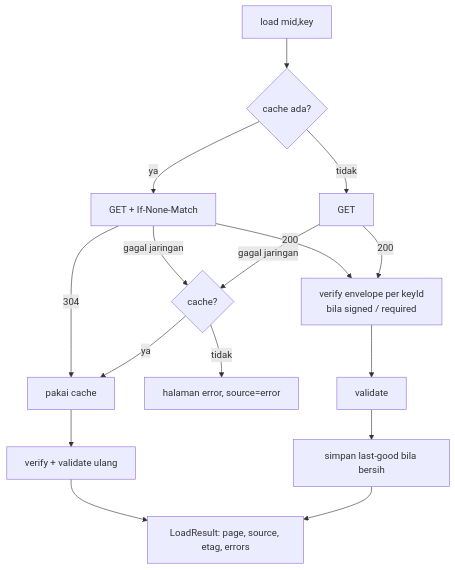
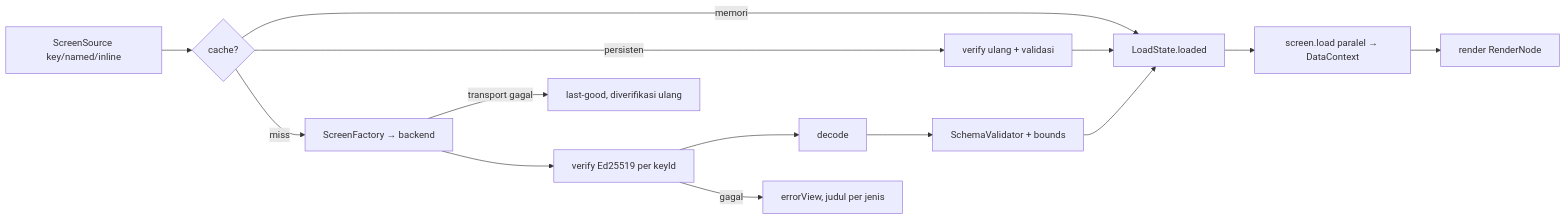
Before and after one commit to fajekrina/sdui: the second of 2 diagrams in HANDOFF.md, drawn with Mermaid. The commit also changed other lines of this file and 145 other files, not shown here.

````diff
--- a/HANDOFF.md
+++ b/HANDOFF.md
@@ -100,14 +44,11 @@
 ```mermaid
-flowchart TD
-  S[load mid,key] --> C{cache ada?}
-  C -->|ya| G1[GET + If-None-Match]
-  C -->|tidak| G2[GET]
-  G1 -->|304| H[pakai cache]
-  G1 -->|200| V
-  G2 -->|200| V[verify envelope per keyId<br/>bila signed / required]
-  G1 & G2 -->|gagal jaringan| H2{cache?}
-  H2 -->|ya| H
-  H2 -->|tidak| ER[halaman error, source=error]
-  H --> V2[verify + validate ulang] --> OUT
-  V --> Q[validate] --> W[simpan last-good bila bersih] --> OUT[LoadResult: page, source, etag, errors]
+flowchart LR
+  A[ScreenSource key/named/inline] --> B{cache?}
+  B -- memori --> V
+  B -- persisten --> C[verify ulang + validasi] --> V
+  B -- miss --> D[ScreenFactory → backend]
+  D -- transport gagal --> L[last-good, diverifikasi ulang]
+  D --> C2[verify Ed25519 per keyId] --> E[decode] --> F[SchemaValidator + bounds] --> V[LoadState.loaded]
+  C2 -- gagal --> X[errorView, judul per jenis]
+  V --> G[screen.load paralel → DataContext] --> H[render RenderNode]
 ```
````
